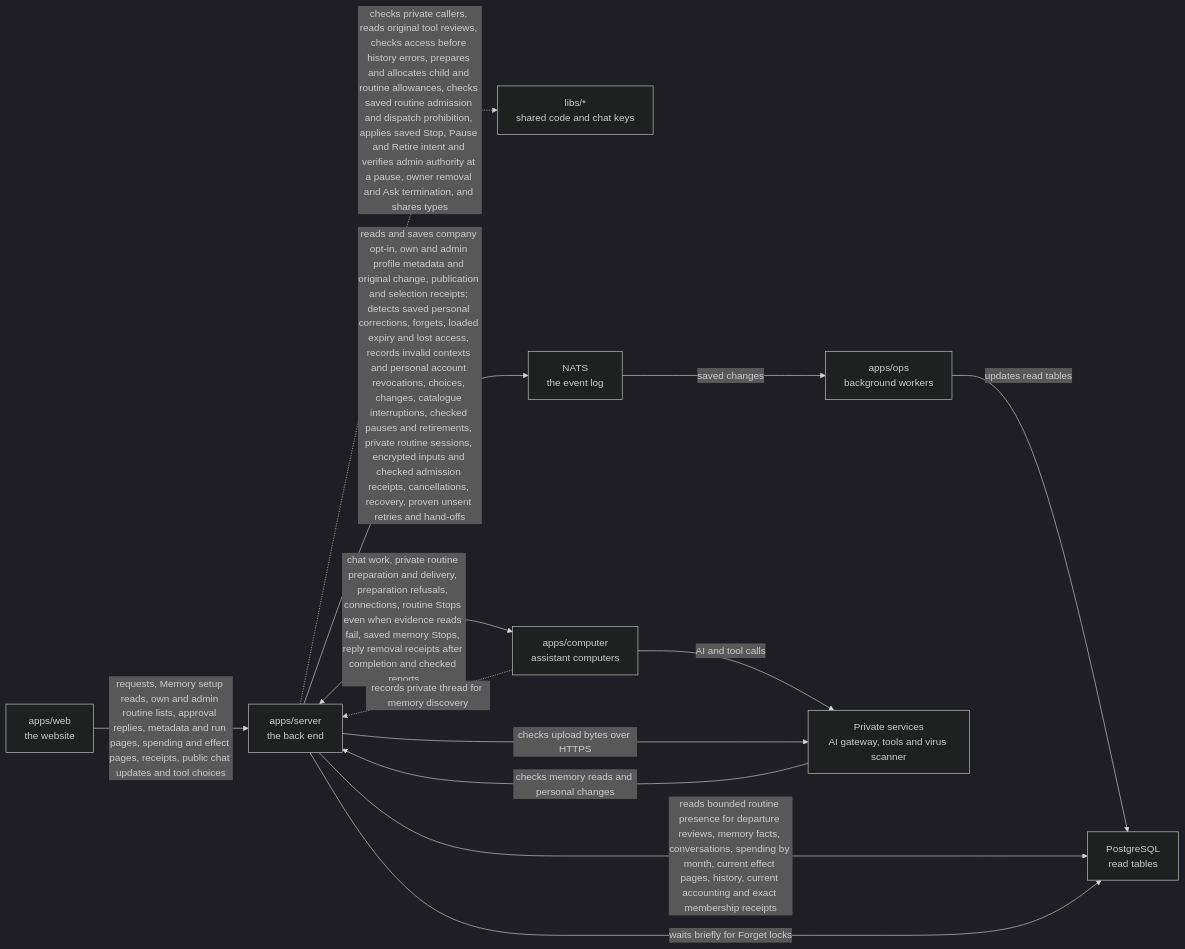
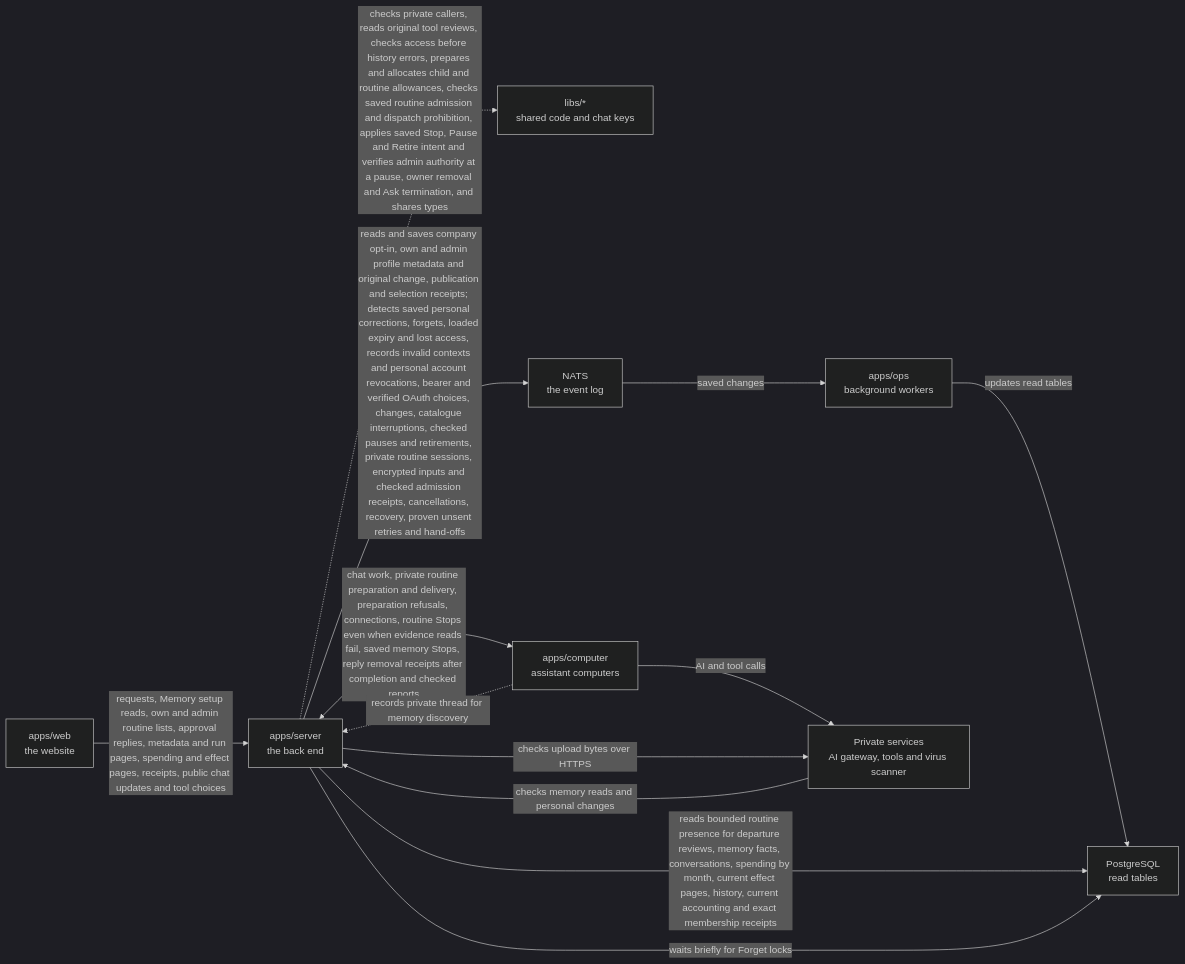
One commit to elewa-git/opencrane-new changed the diagram in apps/server/README.md. Above: the diagram before and after it, drawn with Mermaid (dark theme). The commit also changed other lines of this file and 12 other files, not shown here.

First line of the commit message:
🔑 A connected personal account can be selected for a governed tool call by its owner only, with clear refusals (#815)

````diff
--- a/apps/server/README.md
+++ b/apps/server/README.md
@@ -151,15 +151,15 @@
 ```mermaid
 flowchart LR
   web["apps/web<br/>the website"] -->|requests, Memory setup reads, own and admin routine lists, approval replies, metadata and run pages, spending and effect pages, receipts, public chat updates and tool choices| server["apps/server<br/>the back end"]
   server -.->|checks private callers, reads original tool reviews, checks access before history errors, prepares and allocates child and routine allowances, checks saved routine admission and dispatch prohibition, applies saved Stop, Pause and Retire intent and verifies admin authority at a pause, owner removal and Ask termination, and shares types| libs["libs/*<br/>shared code and chat keys"]
-  server -->|reads and saves company opt-in, own and admin profile metadata and original change, publication and selection receipts; detects saved personal corrections, forgets, loaded expiry and lost access, records invalid contexts and personal account revocations, choices, changes, catalogue interruptions, checked pauses and retirements, private routine sessions, encrypted inputs and checked admission receipts, cancellations, recovery, proven unsent retries and hand-offs| nats["NATS<br/>the event log"]
+  server -->|reads and saves company opt-in, own and admin profile metadata and original change, publication and selection receipts; detects saved personal corrections, forgets, loaded expiry and lost access, records invalid contexts and personal account revocations, bearer and verified OAuth choices, changes, catalogue interruptions, checked pauses and retirements, private routine sessions, encrypted inputs and checked admission receipts, cancellations, recovery, proven unsent retries and hand-offs| nats["NATS<br/>the event log"]
   nats -->|saved changes| ops["apps/ops<br/>background workers"]
   ops -->|updates read tables| postgres["PostgreSQL<br/>read tables"]
   server -->|reads bounded routine presence for departure reviews, memory facts, conversations, spending by month, current effect pages, history, current accounting and exact membership receipts| postgres
   server -->|waits briefly for Forget locks| postgres
   server <-->|chat work, private routine preparation and delivery, preparation refusals, connections, routine Stops even when evidence reads fail, saved memory Stops, reply removal receipts after completion and checked reports| computer["apps/computer<br/>assistant computers"]
   computer -.->|records private thread for memory discovery| server
   computer -->|AI and tool calls| runtime["Private services<br/>AI gateway, tools and virus scanner"]
   server -->|checks upload bytes over HTTPS| runtime
   runtime -->|checks memory reads and personal changes| server
 ```
````
